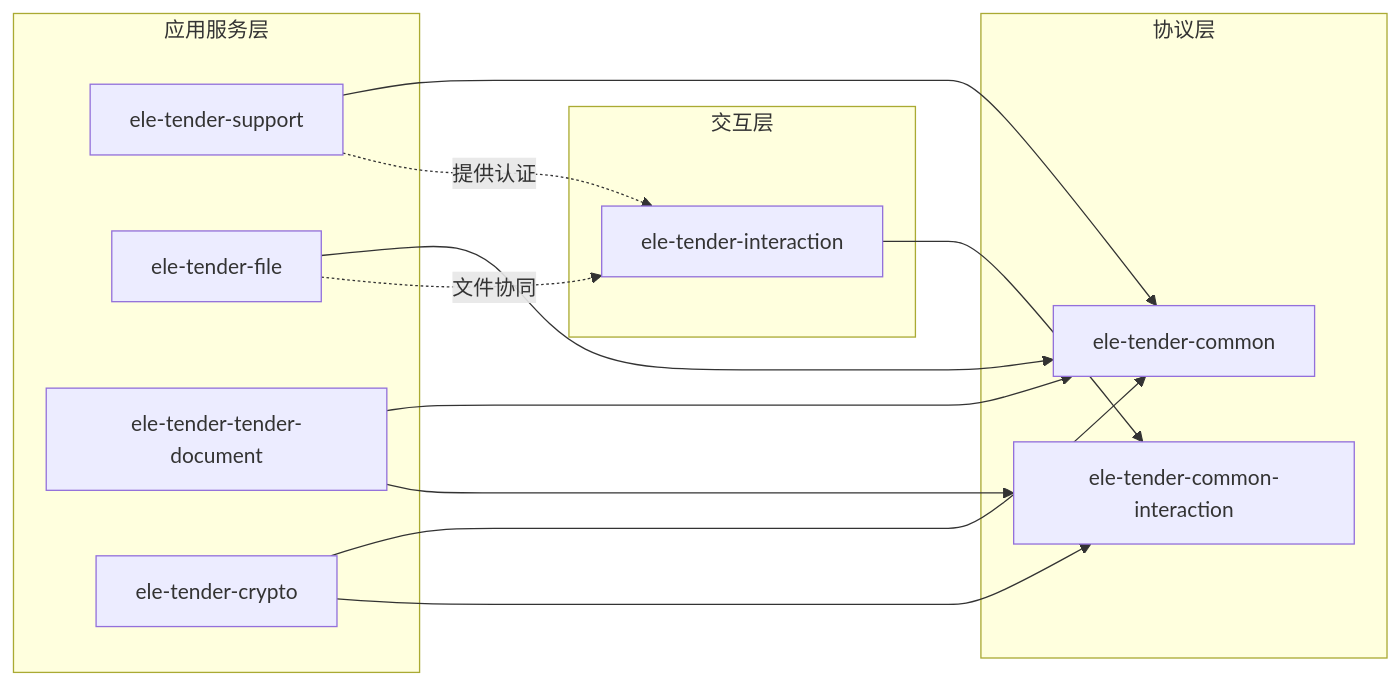
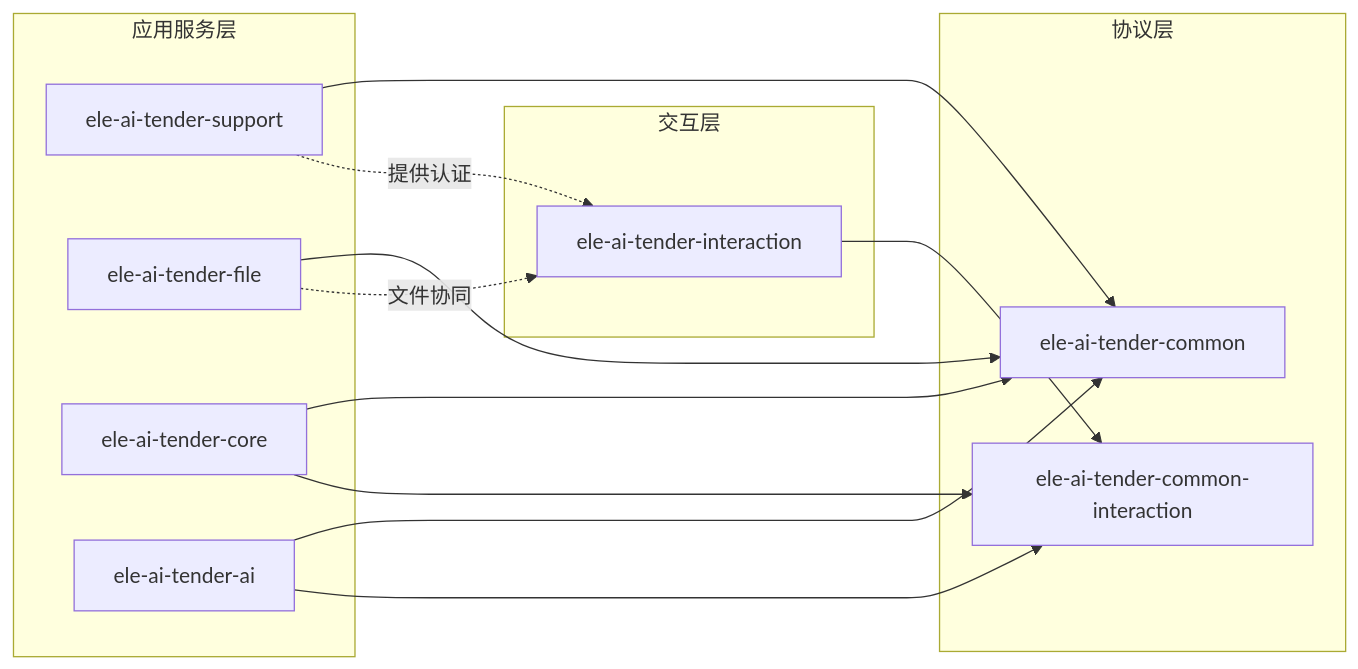
The second of 8 diagrams in docs/guides/系统架构设计文档.md (DrunkFood/First), drawn with Mermaid before and after one commit. The commit also changed other lines of this file and 9 other files, not shown here.

````diff
--- a/docs/guides/系统架构设计文档.md
+++ b/docs/guides/系统架构设计文档.md
@@ -143,29 +161,29 @@
 ```mermaid
 graph LR
     subgraph "应用服务层"
-        Support[ele-tender-support]
-        File[ele-tender-file]
-        TenderDoc[ele-tender-tender-document]
-        Crypto[ele-tender-crypto]
+        Support[ele-ai-tender-support]
+        File[ele-ai-tender-file]
+        Core[ele-ai-tender-core]
+        Ai[ele-ai-tender-ai]
     end
 
     subgraph "交互层"
-        Interaction[ele-tender-interaction]
+        Interaction[ele-ai-tender-interaction]
     end
 
     subgraph "协议层"
-        Common[ele-tender-common]
-        CommonInteraction[ele-tender-common-interaction]
+        Common[ele-ai-tender-common]
+        CommonInteraction[ele-ai-tender-common-interaction]
     end
 
     Support --> Common
     File --> Common
-    TenderDoc --> Common
-    Crypto --> Common
-    TenderDoc --> CommonInteraction
-    Crypto --> CommonInteraction
+    Core --> Common
+    Ai --> Common
+    Core --> CommonInteraction
+    Ai --> CommonInteraction
     Interaction --> CommonInteraction
 
     Support -.提供认证.-> Interaction
     File -.文件协同.-> Interaction
 ```
````
